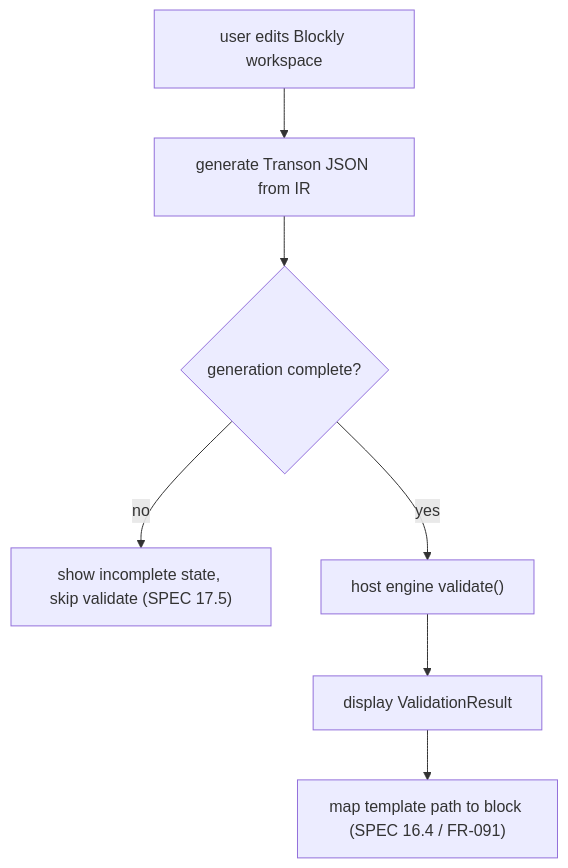
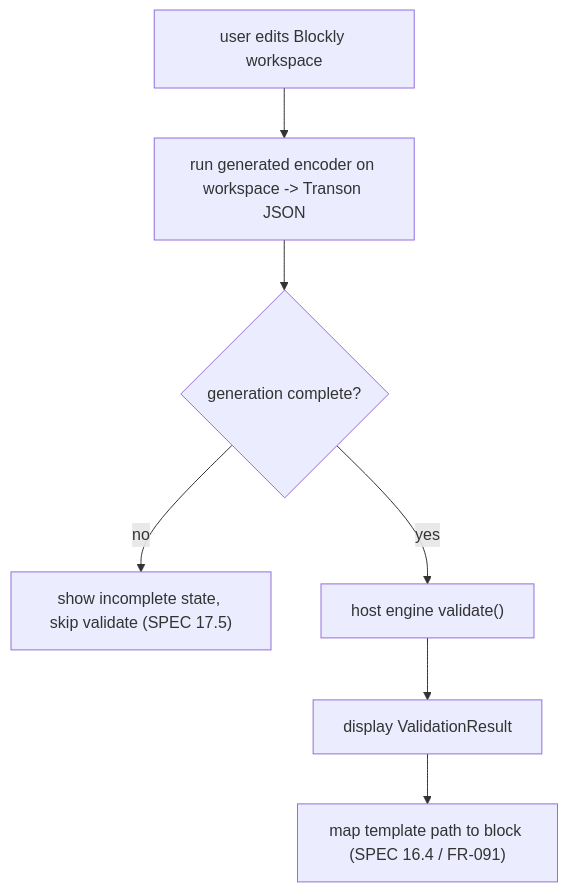
The sixth of 8 diagrams in docs/ARCHITECTURE.md (transon-org/transon-blockly), drawn with Mermaid before and after one commit. The commit also changed other lines of this file and 5 other files, not shown here.

````diff
--- a/docs/ARCHITECTURE.md
+++ b/docs/ARCHITECTURE.md
@@ -508,9 +656,9 @@
 ```mermaid
 flowchart TD
-    A[user edits Blockly workspace] --> B[generate Transon JSON from IR]
+    A[user edits Blockly workspace] --> B[run generated encoder on workspace -> Transon JSON]
     B --> C{generation complete?}
     C -->|no| C1["show incomplete state, skip validate (SPEC 17.5)"]
     C -->|yes| D["host engine validate()"]
     D --> E[display ValidationResult]
     E --> F["map template path to block (SPEC 16.4 / FR-091)"]
 ```
````
